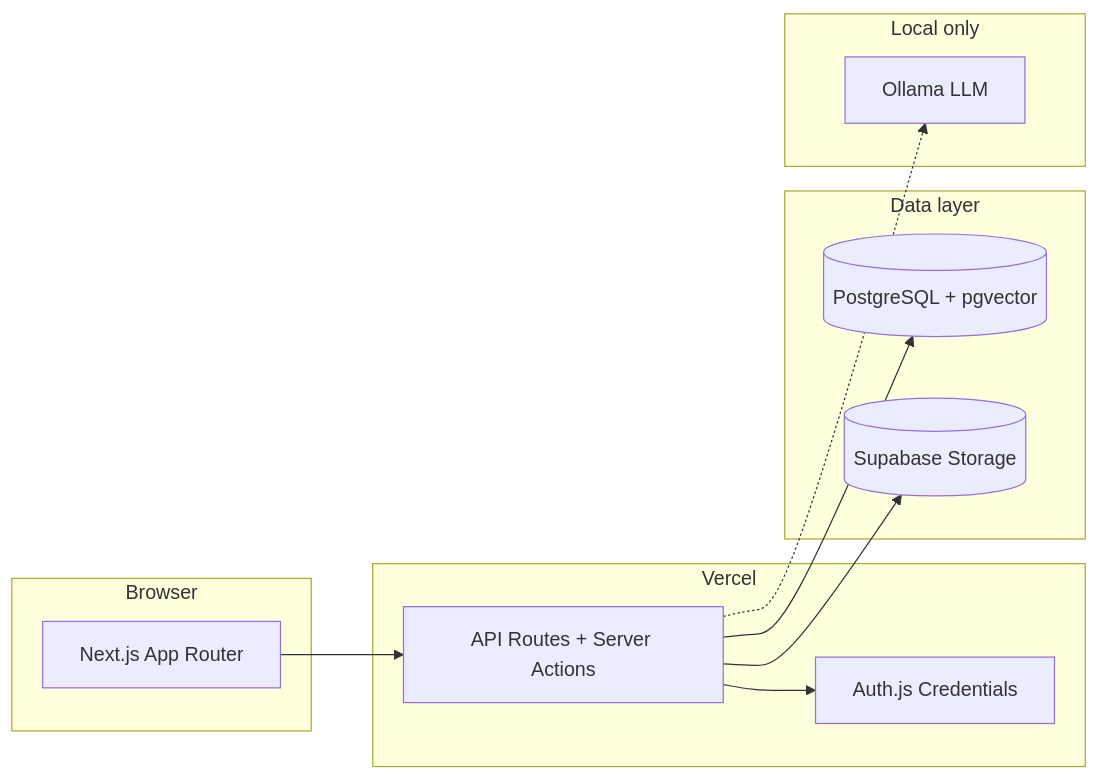
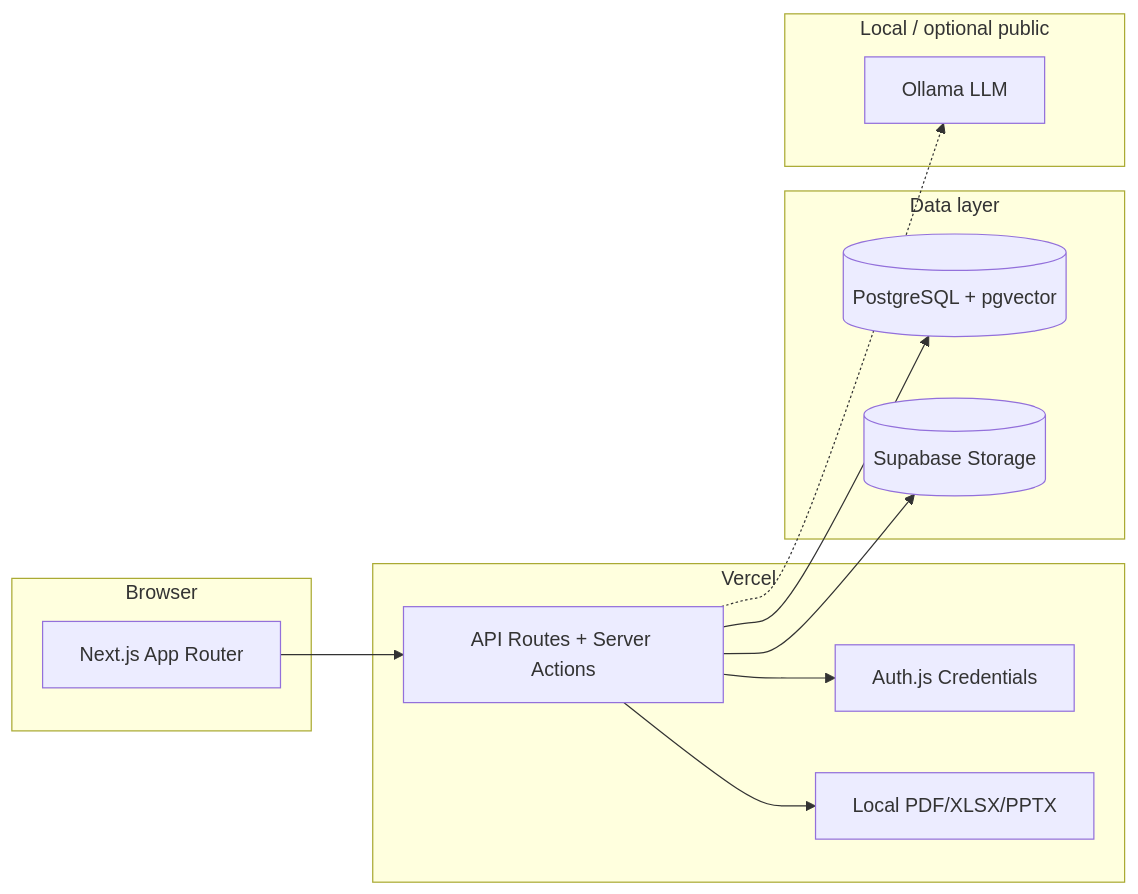
Before and after one commit to NehangPatel23/nexusiq-ai: the diagram in README.md, drawn with Mermaid. The commit also changed other lines of this file and 78 other files, not shown here.

Commit message:
feat: ship Slice 11 reports, export polish, and docs Add report generation/export (PDF/MD/XLSX/PPTX), share links, compare, audience presets, and sync README/docs to slices 01–11 shipped.

````diff
--- a/README.md
+++ b/README.md
@@ -98,26 +104,28 @@
 ```mermaid
 flowchart LR
   subgraph client [Browser]
     UI[Next.js App Router]
   end
 
   subgraph vercel [Vercel]
     API[API Routes + Server Actions]
     Auth[Auth.js Credentials]
+    Export[Local PDF/XLSX/PPTX]
   end
 
   subgraph data [Data layer]
     PG[(PostgreSQL + pgvector)]
     Store[(Supabase Storage)]
   end
 
-  subgraph local [Local only]
+  subgraph local [Local / optional public]
     Ollama[Ollama LLM]
   end
 
   UI --> API
   API --> Auth
   API --> PG
   API --> Store
+  API --> Export
   API -.-> Ollama
 ```
````
